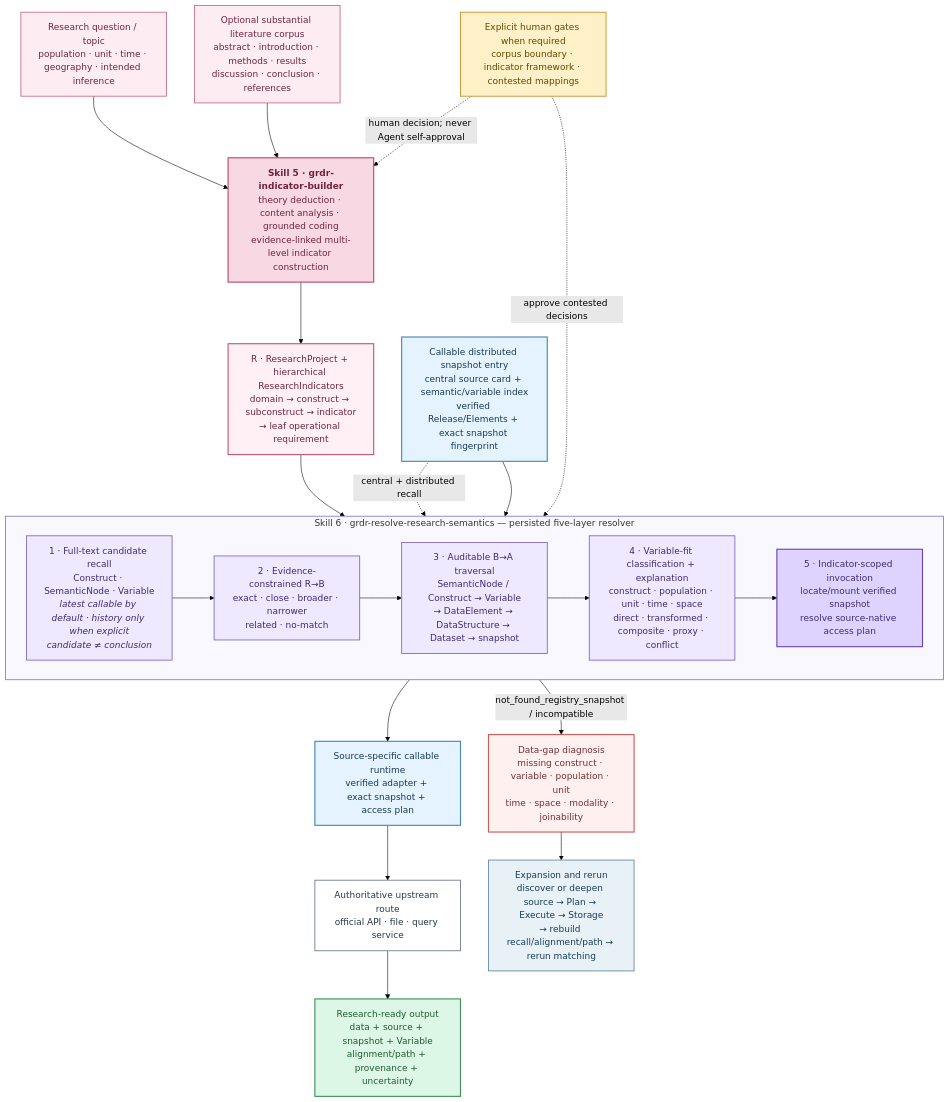
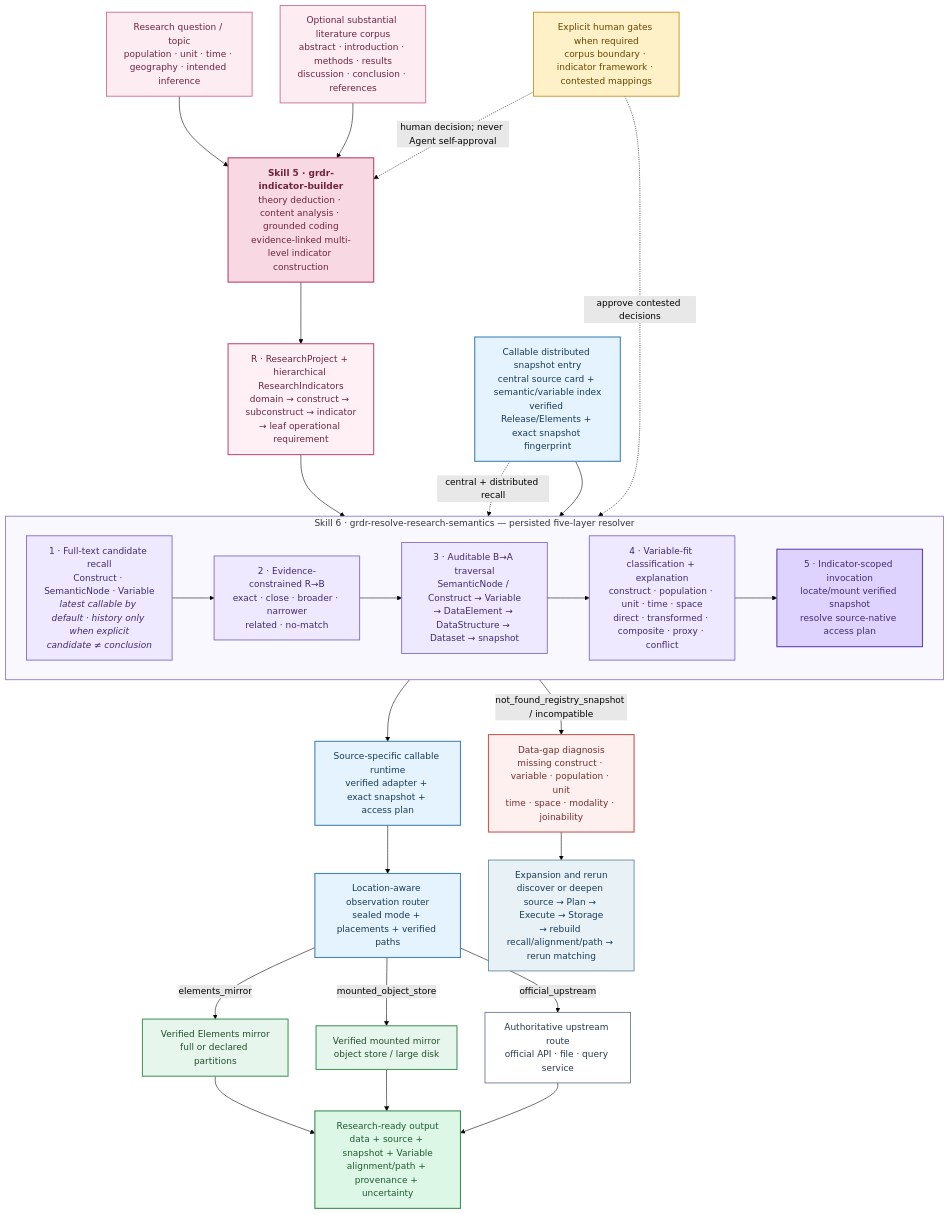
One commit to yangyuezh/grdr-core-version-archive changed the fifth of 5 diagrams in README.md. Above: the diagram before and after it, drawn with Mermaid (forest theme). The commit also changed other lines of this file and 26 other files, not shown here.

````diff
--- a/README.md
+++ b/README.md
@@ -263,52 +273,59 @@
 ```mermaid
 flowchart TB
     QUESTION["Research question / topic<br/>population · unit · time · geography · intended inference"]:::research
     LITERATURE["Optional substantial literature corpus<br/>abstract · introduction · methods · results<br/>discussion · conclusion · references"]:::research
     BUILDER["<b>Skill 5 · grdr-indicator-builder</b><br/>theory deduction · content analysis · grounded coding<br/>evidence-linked multi-level indicator construction"]:::researchStrong
     R_TREE["R · ResearchProject + hierarchical ResearchIndicators<br/>domain → construct → subconstruct → indicator<br/>→ leaf operational requirement"]:::rNode
     HUMAN["Explicit human gates when required<br/>corpus boundary · indicator framework · contested mappings"]:::gate
 
     QUESTION --> BUILDER
     LITERATURE --> BUILDER
     HUMAN -. "human decision; never Agent self-approval" .-> BUILDER
     BUILDER --> R_TREE
 
     SNAPSHOT["Callable distributed snapshot entry<br/>central source card + semantic/variable index<br/>verified Release/Elements + exact snapshot fingerprint"]:::runtime
 
     subgraph FIVE["Skill 6 · grdr-resolve-research-semantics — persisted five-layer resolver"]
         direction LR
         RECALL["1 · Full-text candidate recall<br/>Construct · SemanticNode · Variable<br/><i>latest callable by default · history only when explicit<br/>candidate ≠ conclusion</i>"]:::resolver
         ALIGN["2 · Evidence-constrained R→B<br/>exact · close · broader · narrower<br/>related · no-match"]:::resolver
         TRAVERSE["3 · Auditable B→A traversal<br/>SemanticNode / Construct → Variable<br/>→ DataElement → DataStructure → Dataset → snapshot"]:::resolver
         FIT["4 · Variable-fit classification + explanation<br/>construct · population · unit · time · space<br/>direct · transformed · composite · proxy · conflict"]:::resolver
         INVOKE["5 · Indicator-scoped invocation<br/>locate/mount verified snapshot<br/>resolve source-native access plan"]:::resolverStrong
         RECALL --> ALIGN --> TRAVERSE --> FIT --> INVOKE
     end
 
     R_TREE --> RECALL
     SNAPSHOT -. "central + distributed recall" .-> RECALL
     SNAPSHOT --> INVOKE
     HUMAN -. "approve contested decisions" .-> FIT
 
     SOURCE_RUNTIME["Source-specific callable runtime<br/>verified adapter + exact snapshot + access plan"]:::runtime
+    ROUTER["Location-aware observation router<br/>sealed mode + placements + verified paths"]:::runtime
+    LOCAL["Verified Elements mirror<br/>full or declared partitions"]:::local
+    MOUNTED["Verified mounted mirror<br/>object store / large disk"]:::local
     UPSTREAM["Authoritative upstream route<br/>official API · file · query service"]:::external
     RESULT["Research-ready output<br/>data + source + snapshot + Variable<br/>alignment/path + provenance + uncertainty"]:::result
     GAP["Data-gap diagnosis<br/>missing construct · variable · population · unit<br/>time · space · modality · joinability"]:::gap
     EXPAND["Expansion and rerun<br/>discover or deepen source → Plan → Execute → Storage<br/>→ rebuild recall/alignment/path → rerun matching"]:::shared
 
-    INVOKE --> SOURCE_RUNTIME --> UPSTREAM --> RESULT
+    INVOKE --> SOURCE_RUNTIME --> ROUTER
+    ROUTER -->|"elements_mirror"| LOCAL --> RESULT
+    ROUTER -->|"mounted_object_store"| MOUNTED --> RESULT
+    ROUTER -->|"official_upstream"| UPSTREAM --> RESULT
     FIT -->|"not_found_registry_snapshot / incompatible"| GAP --> EXPAND
 
     classDef research fill:#FDECF1,stroke:#C76884,color:#6E243D,stroke-width:1.5px;
     classDef researchStrong fill:#F8D8E3,stroke:#B84A6C,color:#6E243D,stroke-width:2px;
     classDef rNode fill:#FFF0F5,stroke:#C4557B,color:#6E243D,stroke-width:2px;
     classDef gate fill:#FFF1C7,stroke:#C78A1D,color:#664500,stroke-width:1.5px;
     classDef resolver fill:#EEE9FF,stroke:#7B62C5,color:#3F2A72,stroke-width:1.5px;
     classDef resolverStrong fill:#DED3FF,stroke:#6646B7,color:#3F2A72,stroke-width:2px;
     classDef runtime fill:#E5F3FF,stroke:#4787B8,color:#173B57,stroke-width:2px;
+    classDef local fill:#E7F6EC,stroke:#4D9B63,color:#204F2D,stroke-width:2px;
     classDef external fill:#FFFFFF,stroke:#64748B,color:#263849,stroke-width:1.5px;
     classDef result fill:#DDF7E7,stroke:#3D9158,color:#1F5A31,stroke-width:2px;
     classDef gap fill:#FFF0F0,stroke:#C65C5C,color:#722E2E,stroke-width:2px;
     classDef shared fill:#E8F1F5,stroke:#5E879A,color:#173B57,stroke-width:1.5px;
     style FIVE fill:#FAF8FF,stroke:#8A74CA,stroke-width:1.5px
 ```
````
